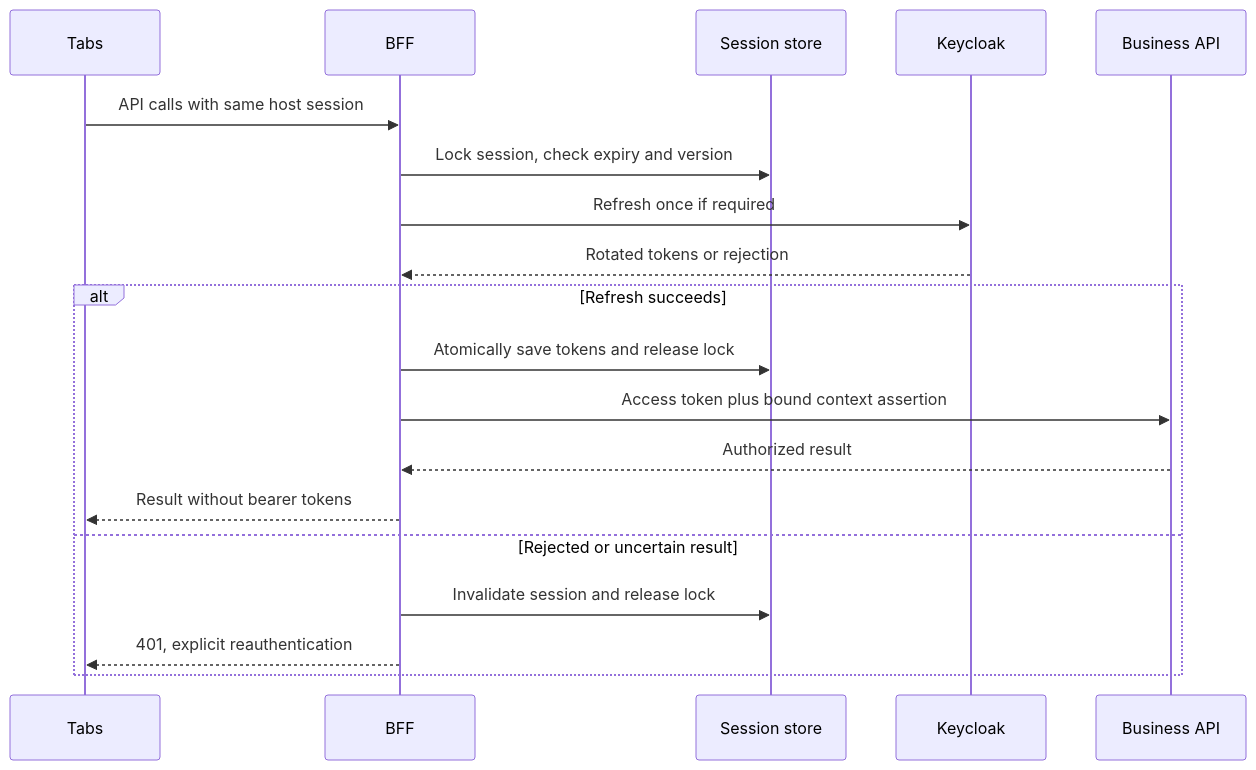
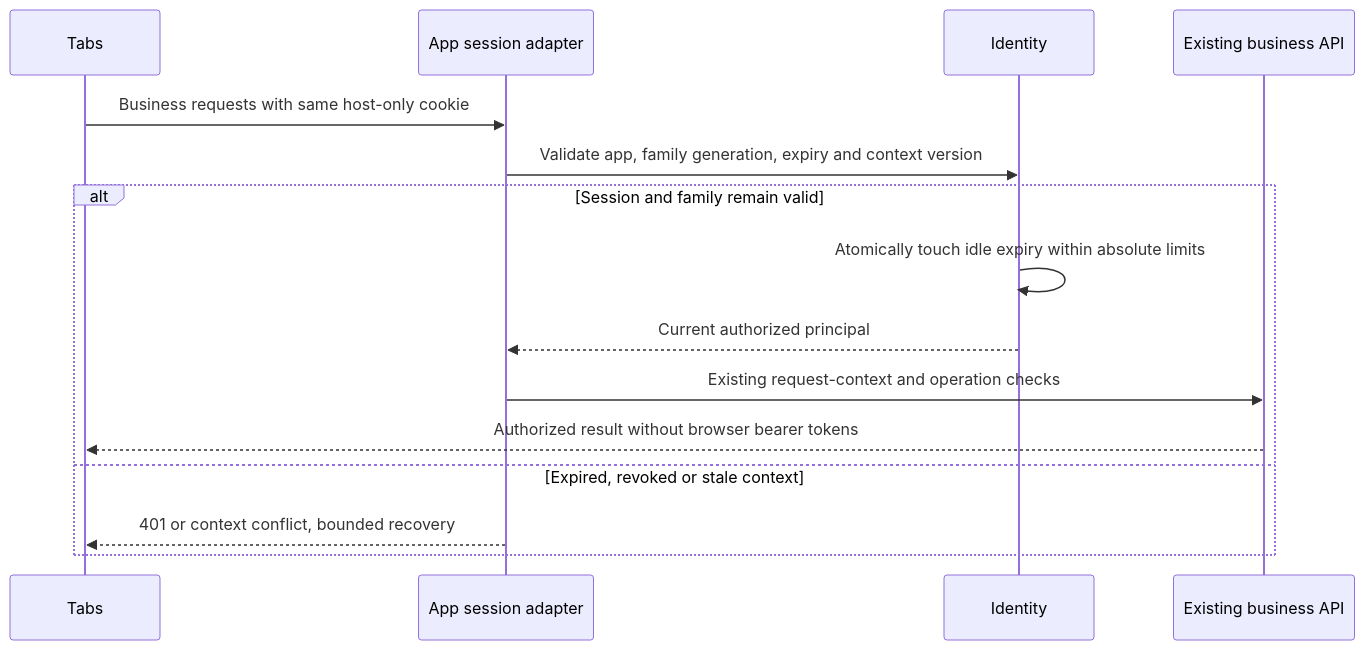
Before and after one commit to Corely-AI/corely: the third of 5 diagrams in docs/decisions/ADR-0004-central-identity-app-sessions.md, drawn with Mermaid. The commit also changed other lines of this file and 2 other files, not shown here.

````diff
--- a/docs/decisions/ADR-0004-central-identity-app-sessions.md
+++ b/docs/decisions/ADR-0004-central-identity-app-sessions.md
@@ -234,21 +268,17 @@
 ```mermaid
 sequenceDiagram
     participant Tabs
-    participant BFF
-    participant Store as Session store
-    participant IdP as Keycloak
-    participant API as Business API
-    Tabs->>BFF: API calls with same host session
-    BFF->>Store: Lock session, check expiry and version
-    BFF->>IdP: Refresh once if required
-    IdP-->>BFF: Rotated tokens or rejection
-    alt Refresh succeeds
-        BFF->>Store: Atomically save tokens and release lock
-        BFF->>API: Access token plus bound context assertion
-        API-->>BFF: Authorized result
-        BFF-->>Tabs: Result without bearer tokens
-    else Rejected or uncertain result
-        BFF->>Store: Invalidate session and release lock
-        BFF-->>Tabs: 401, explicit reauthentication
+    participant App as App session adapter
+    participant Identity
+    participant API as Existing business API
+    Tabs->>App: Business requests with same host-only cookie
+    App->>Identity: Validate app, family generation, expiry and context version
+    alt Session and family remain valid
+        Identity->>Identity: Atomically touch idle expiry within absolute limits
+        Identity-->>App: Current authorized principal
+        App->>API: Existing request-context and operation checks
+        API-->>Tabs: Authorized result without browser bearer tokens
+    else Expired, revoked or stale context
+        App-->>Tabs: 401 or context conflict, bounded recovery
     end
 ```
````
